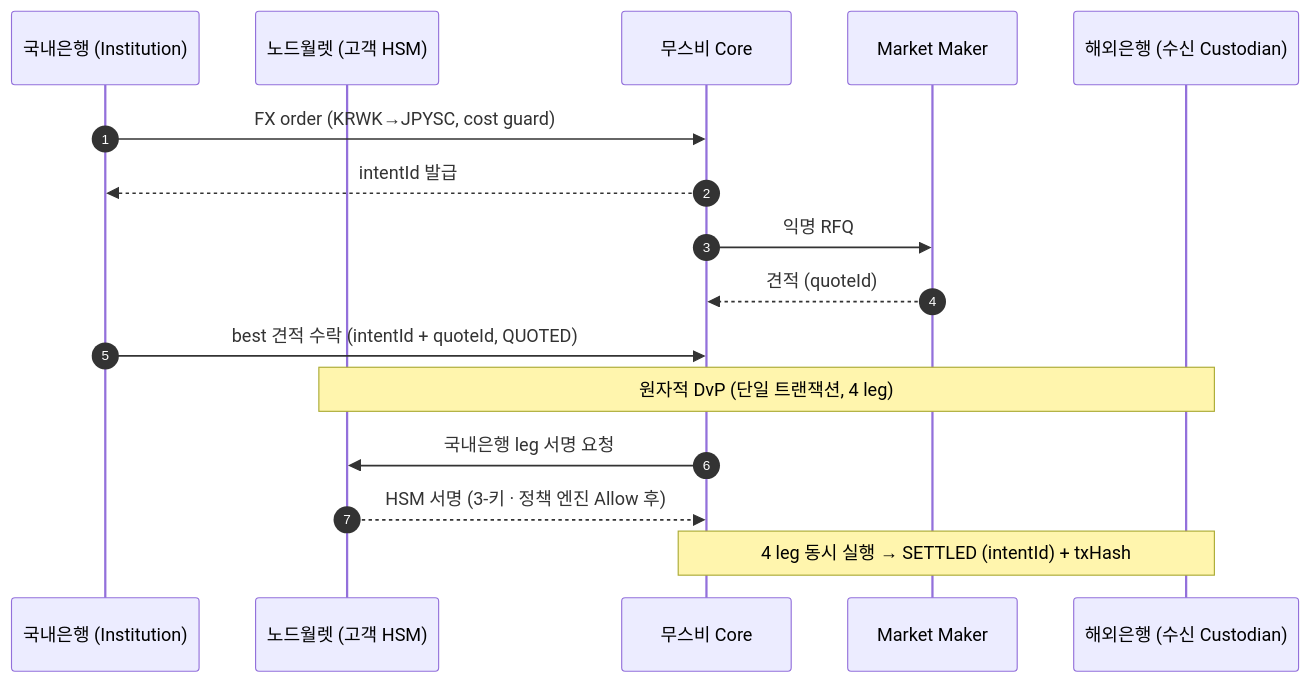
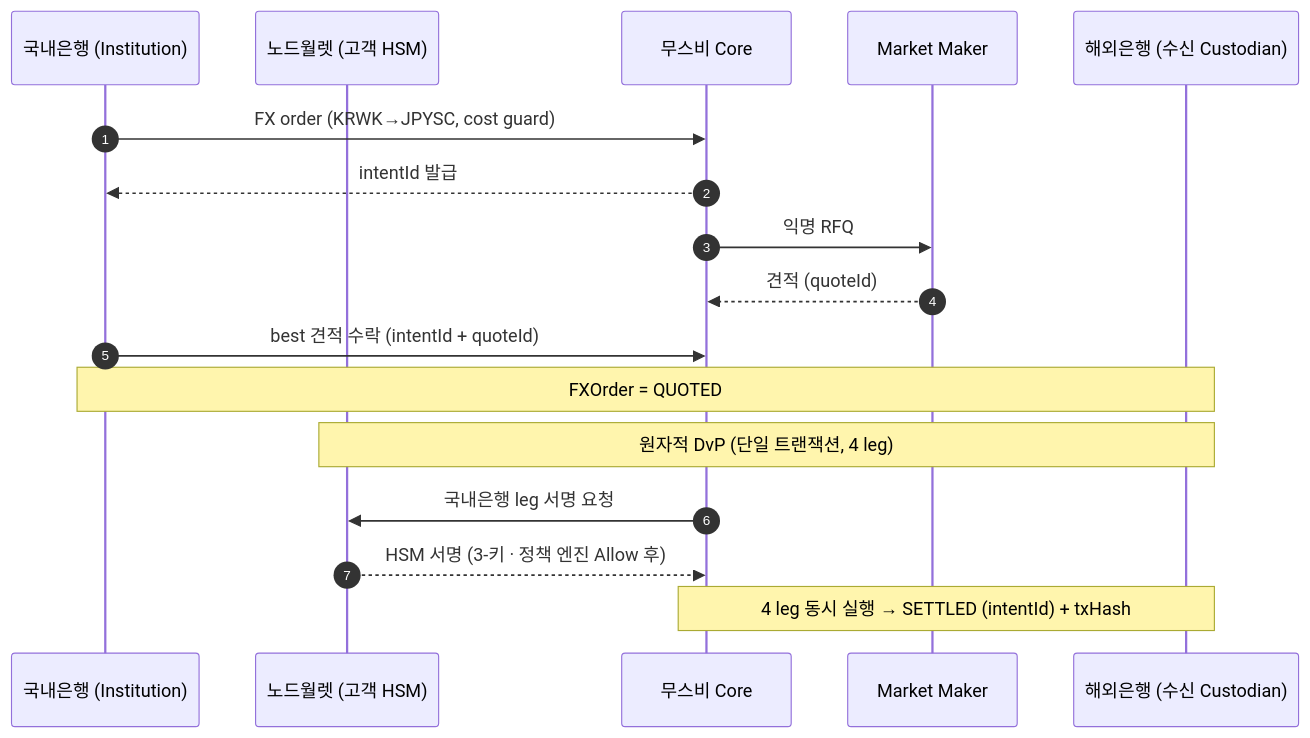
Before and after one commit to eunsujeo/canton-docs: the first of 2 diagrams in dev/docs/poc/wallet-comparison.md, drawn with Mermaid. The commit also changed other lines of this file, not shown here.

````diff
--- a/dev/docs/poc/wallet-comparison.md
+++ b/dev/docs/poc/wallet-comparison.md
@@ -49,18 +49,19 @@
 ```mermaid
 sequenceDiagram
     autonumber
     participant I as 국내은행 (Institution)
     participant W as 노드월렛 (고객 HSM)
     participant V as 무스비 Core
     participant MM as Market Maker
     participant RC as 해외은행 (수신 Custodian)
     I->>V: FX order (KRWK→JPYSC, cost guard)
     V-->>I: intentId 발급
     V->>MM: 익명 RFQ
     MM-->>V: 견적 (quoteId)
-    I->>V: best 견적 수락 (intentId + quoteId, QUOTED)
+    I->>V: best 견적 수락 (intentId + quoteId)
+    Note over I,RC: FXOrder = QUOTED
     Note over W,RC: 원자적 DvP (단일 트랜잭션, 4 leg)
     V->>W: 국내은행 leg 서명 요청
     W-->>V: HSM 서명 (3-키 · 정책 엔진 Allow 후)
     Note over V,RC: 4 leg 동시 실행 → SETTLED (intentId) + txHash
 ```
````
